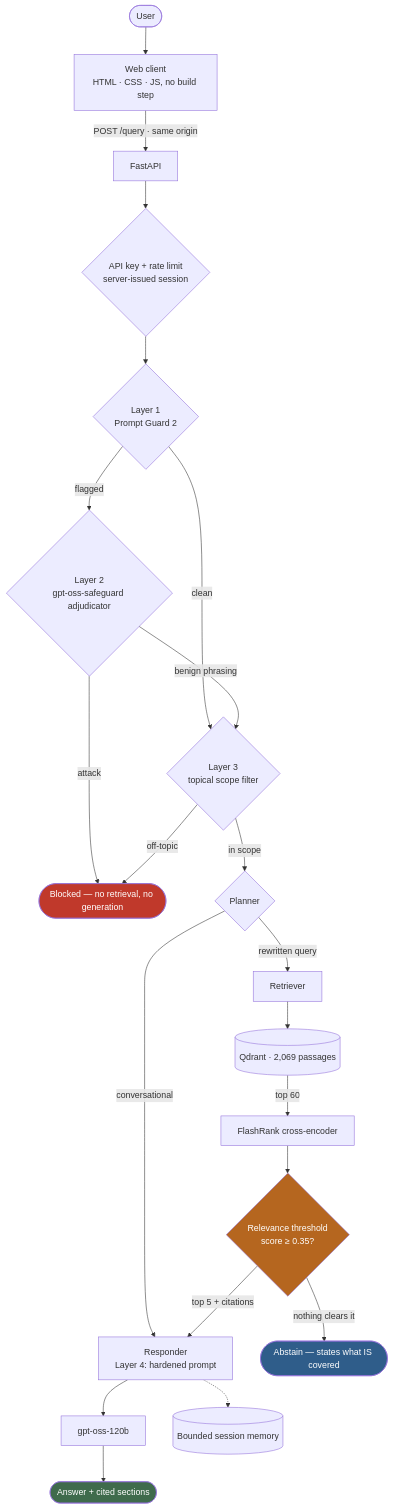
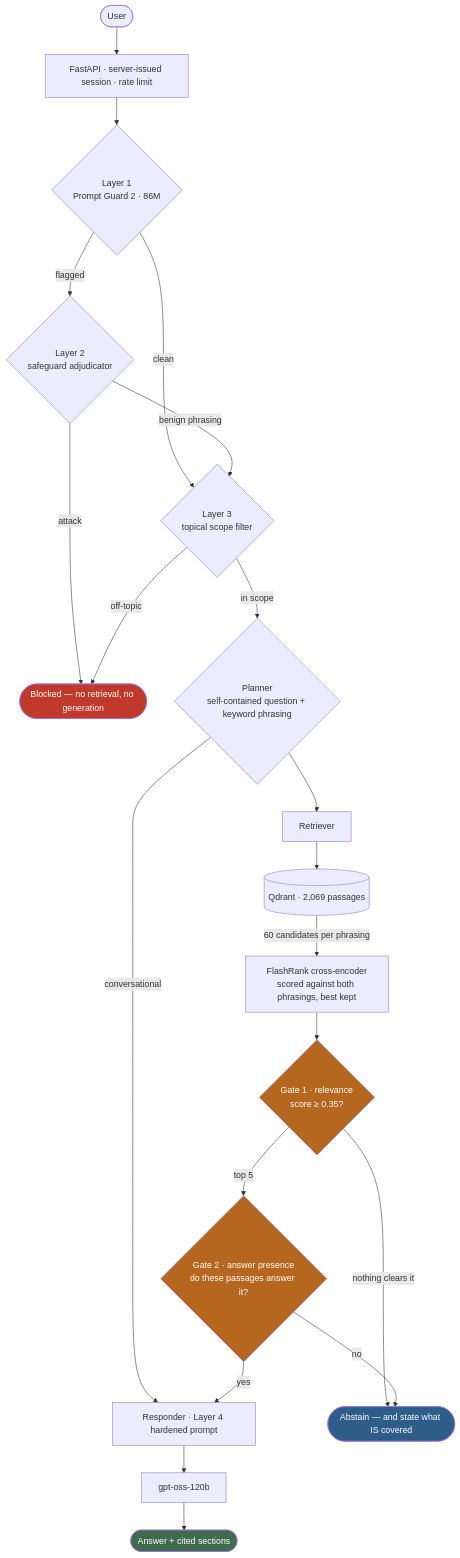
One commit to Arnav020/Sentinel-RAG changed the diagram in README.md. Above: the diagram before and after it, drawn with Mermaid. The commit also changed other lines of this file and 16 other files, not shown here.

````diff
--- a/README.md
+++ b/README.md
@@ -179,31 +107,32 @@
 ```mermaid
 flowchart TD
-    User([User]) --> UI["Web client<br/>HTML · CSS · JS, no build step"]
-    UI -->|"POST /query · same origin"| API[FastAPI]
+    User([User]) --> API[FastAPI · server-issued session · rate limit]
 
-    API --> AUTH{"API key + rate limit<br/>server-issued session"}
-    AUTH --> G1{"Layer 1<br/>Prompt Guard 2"}
-    G1 -->|flagged| G2{"Layer 2<br/>gpt-oss-safeguard adjudicator"}
+    API --> G1{"Layer 1<br/>Prompt Guard 2 · 86M"}
+    G1 -->|flagged| G2{"Layer 2<br/>safeguard adjudicator"}
     G1 -->|clean| G3
     G2 -->|attack| BLOCK([Blocked — no retrieval, no generation])
     G2 -->|benign phrasing| G3
     G3{"Layer 3<br/>topical scope filter"} -->|off-topic| BLOCK
     G3 -->|in scope| PLAN
 
-    PLAN{Planner} -->|conversational| RESP
-    PLAN -->|rewritten query| RETR[Retriever]
+    PLAN{"Planner<br/>self-contained question + keyword phrasing"} -->|conversational| RESP
+    PLAN --> RETR[Retriever]
     RETR --> QD[(Qdrant · 2,069 passages)]
-    QD -->|top 60| RERANK[FlashRank cross-encoder]
-    RERANK --> THRESH{"Relevance threshold<br/>score ≥ 0.35?"}
-    THRESH -->|nothing clears it| ABSTAIN([Abstain — states what IS covered])
-    THRESH -->|top 5 + citations| RESP
+    QD -->|60 candidates per phrasing| RERANK["FlashRank cross-encoder<br/>scored against both phrasings, best kept"]
 
-    RESP[Responder<br/>Layer 4: hardened prompt] --> GEN[gpt-oss-120b]
+    RERANK --> THRESH{"Gate 1 · relevance<br/>score ≥ 0.35?"}
+    THRESH -->|nothing clears it| ABSTAIN
+    THRESH -->|top 5| ENTAIL{"Gate 2 · answer presence<br/>do these passages answer it?"}
+    ENTAIL -->|no| ABSTAIN([Abstain — and state what IS covered])
+    ENTAIL -->|yes| RESP
+
+    RESP[Responder · Layer 4 hardened prompt] --> GEN[gpt-oss-120b]
     GEN --> ANSWER([Answer + cited sections])
-    RESP -.-> MEM[(Bounded session memory)]
 
     style BLOCK fill:#c0392b,color:#fff
     style ABSTAIN fill:#2f5d8a,color:#fff
     style ANSWER fill:#3f6b4c,color:#fff
     style THRESH fill:#b5661f,color:#fff
+    style ENTAIL fill:#b5661f,color:#fff
 ```
````
